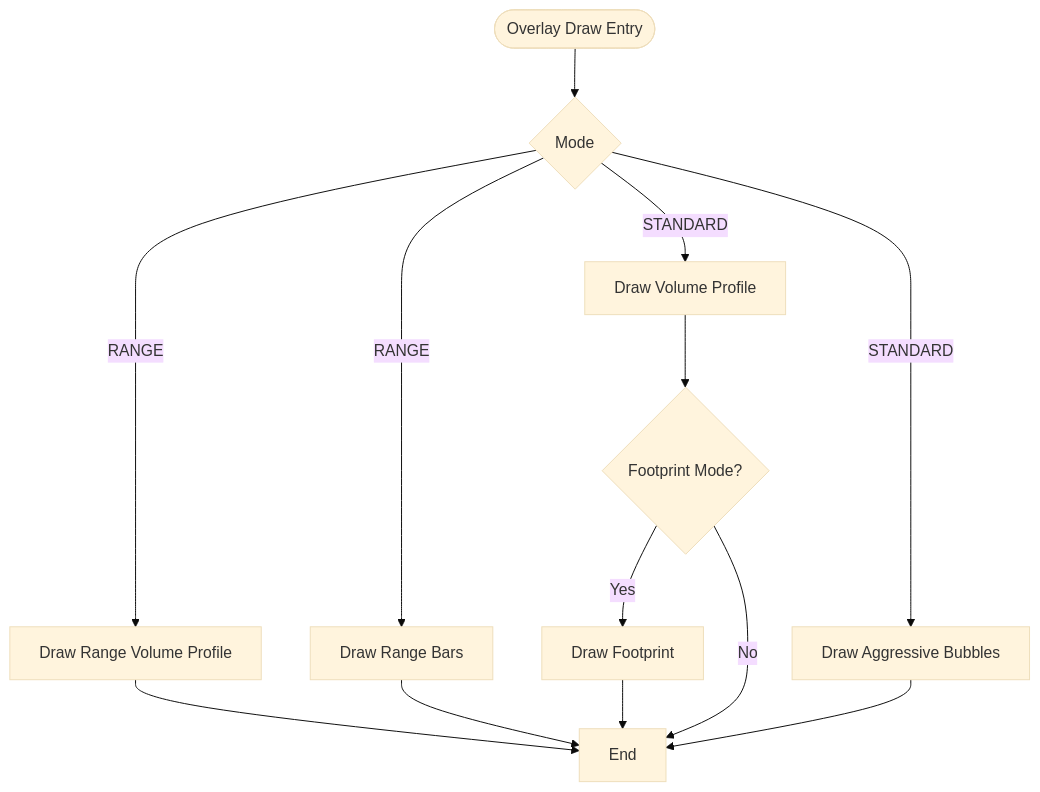
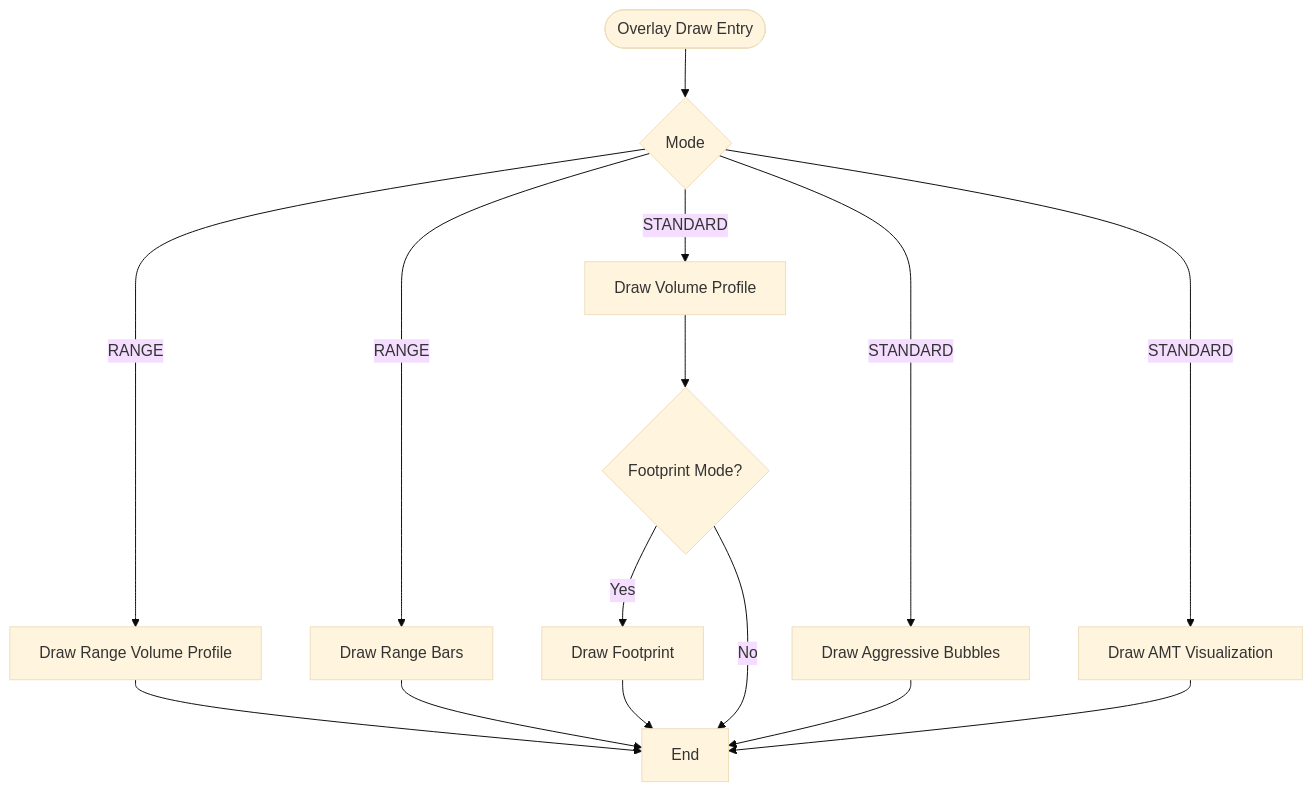
The fourth of 6 diagrams in .qoder/repowiki/en/content/Frontend Application/React Components/Chart Visualization Components/Chart Visualization Components.md (gemrajkhatry-maker/v5-of-glassytrade-ai), drawn with Mermaid (base theme) before and after one commit. The commit also changed other lines of this file and 930 other files, not shown here.

````diff
--- a/.qoder/repowiki/en/content/Frontend Application/React Components/Chart Visualization Components/Chart Visualization Components.md
+++ b/.qoder/repowiki/en/content/Frontend Application/React Components/Chart Visualization Components/Chart Visualization Components.md
@@ -205,15 +237,17 @@
 ```mermaid
 flowchart TD
 Start(["Overlay Draw Entry"]) --> ModeCheck{"Mode"}
 ModeCheck --> |RANGE| RangeVP["Draw Range Volume Profile"]
 ModeCheck --> |RANGE| RangeBars["Draw Range Bars"]
 ModeCheck --> |STANDARD| StdVP["Draw Volume Profile"]
 ModeCheck --> |STANDARD| AggPrints["Draw Aggressive Bubbles"]
+ModeCheck --> |STANDARD| AMT["Draw AMT Visualization"]
 StdVP --> FPCheck{"Footprint Mode?"}
 FPCheck --> |Yes| Footprint["Draw Footprint"]
 FPCheck --> |No| End
 AggPrints --> End
+AMT --> End
 RangeVP --> End
 RangeBars --> End
 Footprint --> End
 ```
````
